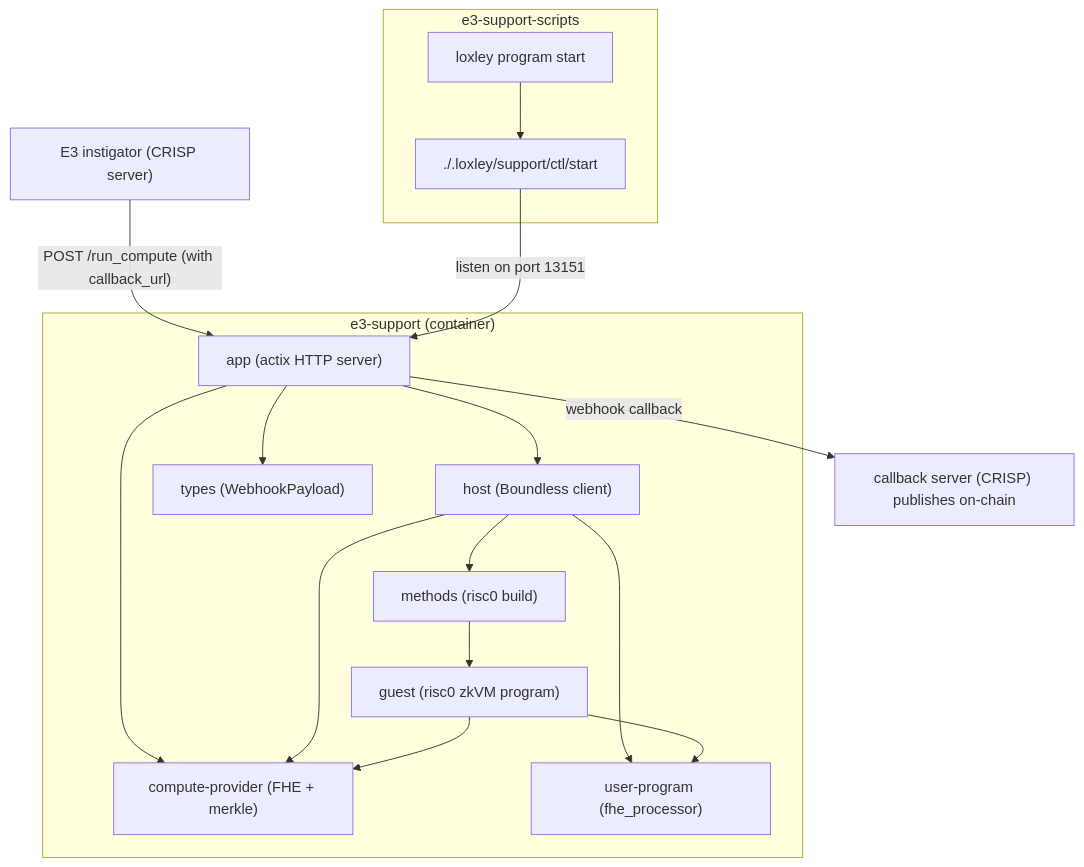
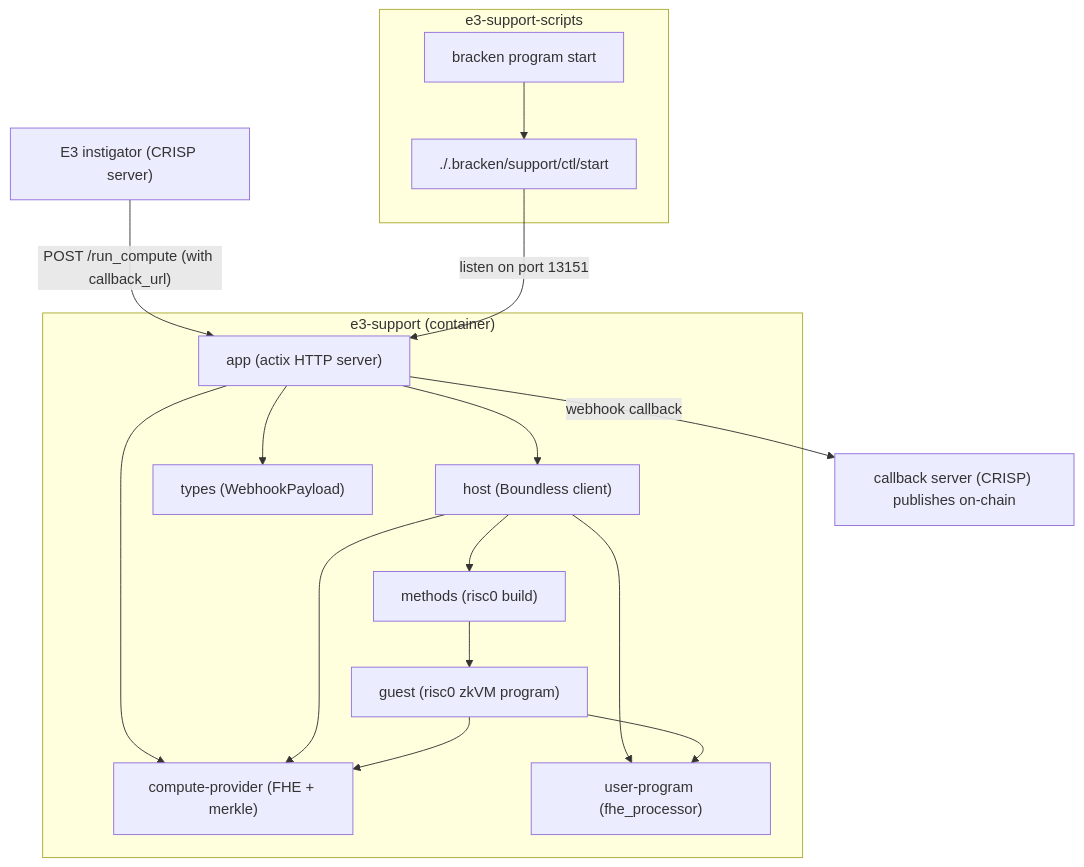
The diagram in crates/support/README.md (thecryptodog12-rgb/bracken), drawn with Mermaid before and after one commit. The commit also changed other lines of this file and 1660 other files, not shown here.

````diff
--- a/crates/support/README.md
+++ b/crates/support/README.md
@@ -8,30 +8,30 @@
 ```mermaid
 graph TD
     subgraph N["e3-support-scripts"]
-        A["loxley program start"]
-        AA["./.loxley/support/ctl/start"]
+        A["bracken program start"]
+        AA["./.bracken/support/ctl/start"]
         A --> AA
     end
     M["E3 instigator (CRISP server)"] --"POST /run_compute (with callback_url)"--> D
     D --"webhook callback"--> O["callback server (CRISP) publishes on-chain"]
     AA --listen on port 13151--> D
     subgraph C["e3-support (container)"]
         D["app (actix HTTP server)"]
         E["host (Boundless client)"]
         F["types (WebhookPayload)"]
         G["compute-provider (FHE + merkle)"]
         H["methods (risc0 build)"]
         I["guest (risc0 zkVM program)"]
         J["user-program (fhe_processor)"]
 
         D --> E
         D --> F
         D --> G
         E --> H
         E --> G
         E --> J
         H --> I
         I --> G
         I --> J
     end
 ```
````
